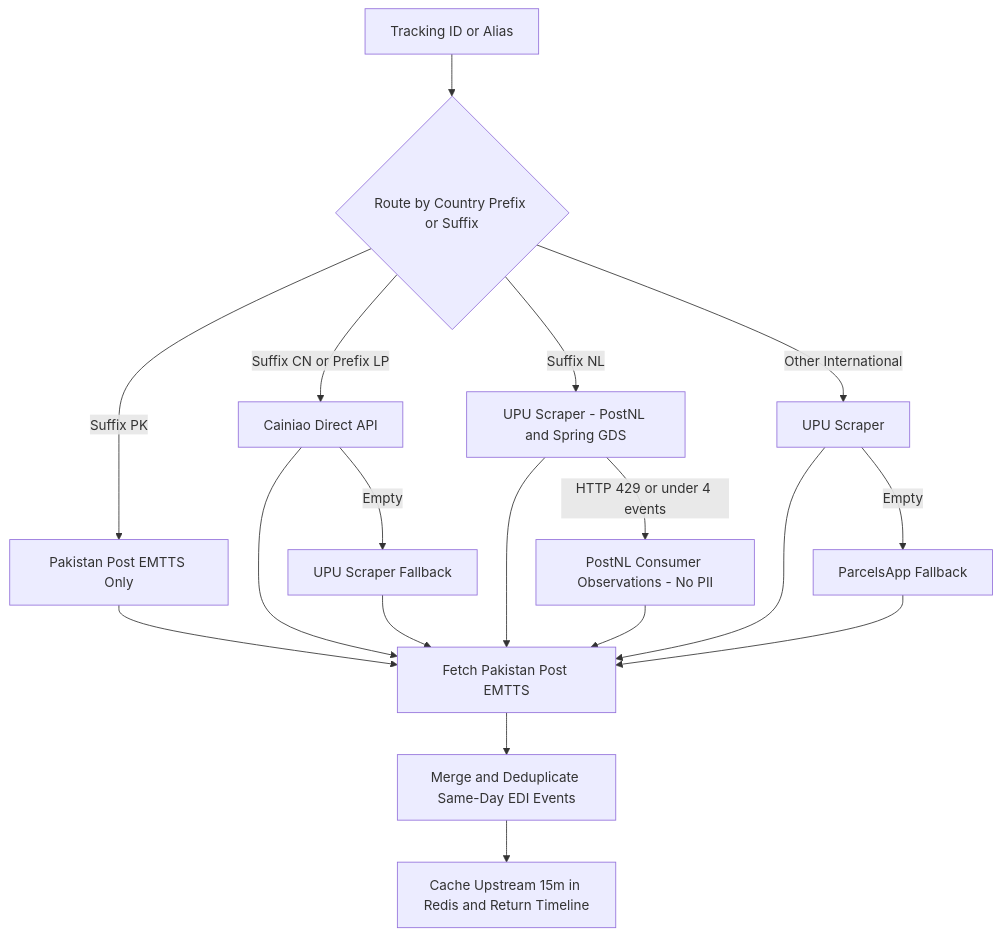
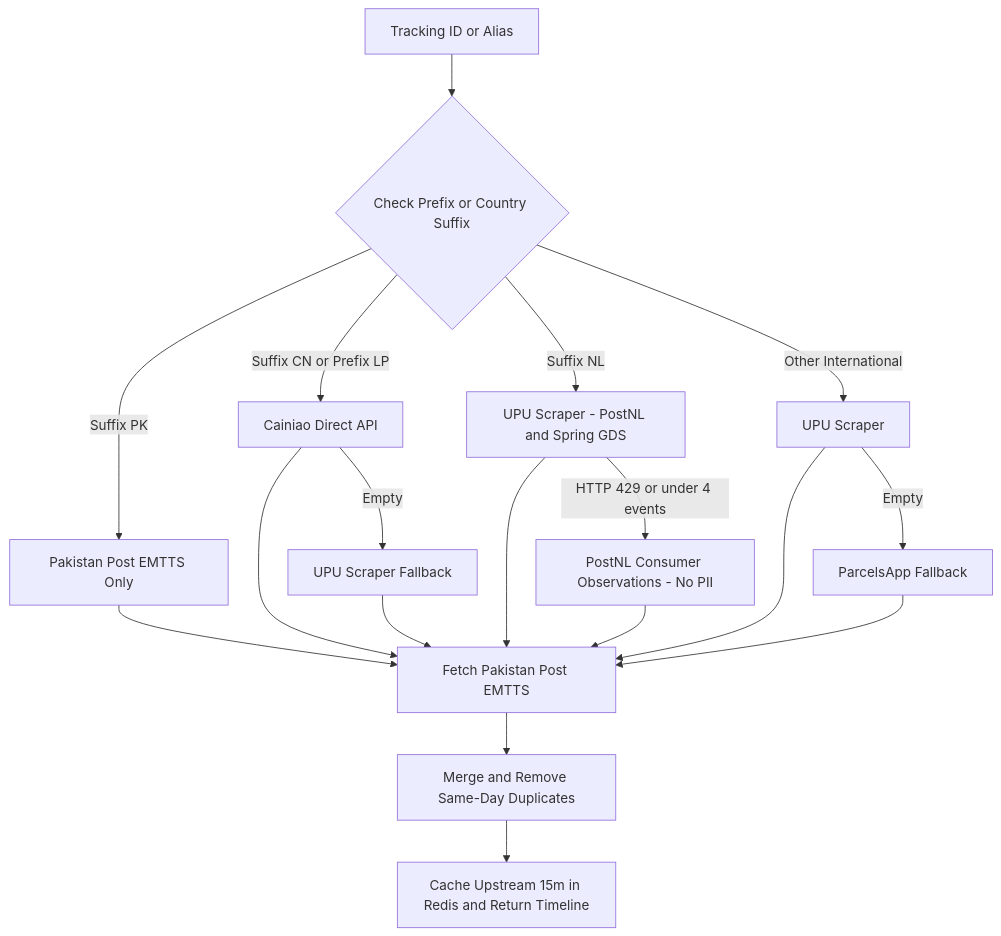
One commit to umerkashiff/pakpost-tracker changed the first of 2 diagrams in README.md. Above: the diagram before and after it, drawn with Mermaid. The commit also changed other lines of this file, not shown here.

````diff
--- a/README.md
+++ b/README.md
@@ -34,22 +33,22 @@
 ```mermaid
 flowchart TD
-    A[Tracking ID or Alias] --> B{Route by Country Prefix or Suffix}
+    A[Tracking ID or Alias] --> B{Check Prefix or Country Suffix}
     B -->|Suffix PK| C[Pakistan Post EMTTS Only]
     B -->|Suffix CN or Prefix LP| D[Cainiao Direct API]
     D -->|Empty| E[UPU Scraper Fallback]
     B -->|Suffix NL| F[UPU Scraper - PostNL and Spring GDS]
     F -->|HTTP 429 or under 4 events| G[PostNL Consumer Observations - No PII]
     B -->|Other International| H[UPU Scraper]
     H -->|Empty| I[ParcelsApp Fallback]
 
     C --> J[Fetch Pakistan Post EMTTS]
     D --> J
     E --> J
     F --> J
     G --> J
     H --> J
     I --> J
 
-    J --> K[Merge and Deduplicate Same-Day EDI Events]
+    J --> K[Merge and Remove Same-Day Duplicates]
     K --> L[Cache Upstream 15m in Redis and Return Timeline]
 ```
````
